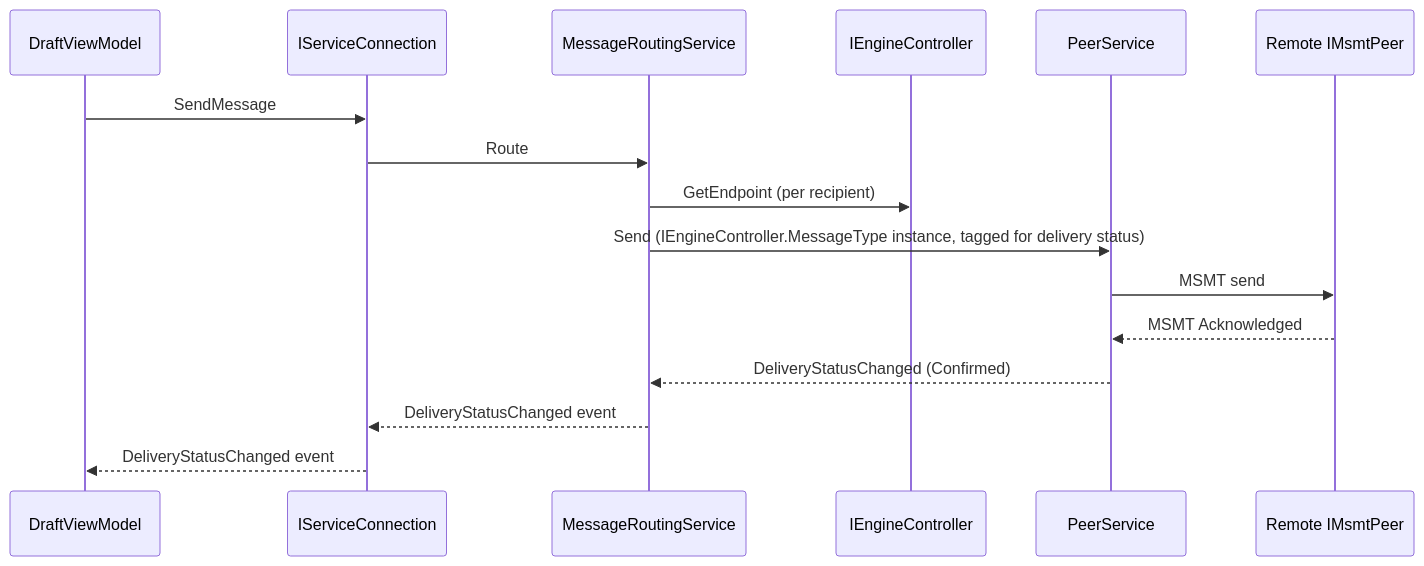
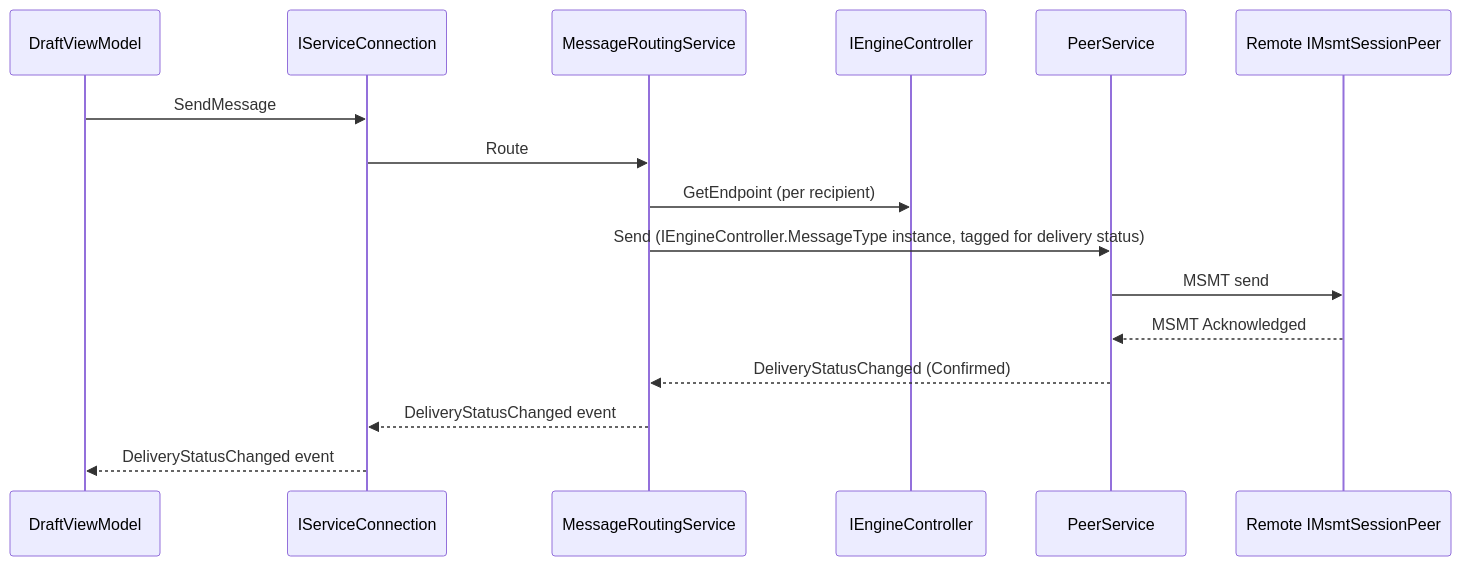
The second of 5 diagrams in Docs/Architecture.md (Blue-Heighliner/Comlink), drawn with Mermaid before and after one commit. The commit also changed 22 other files, not shown here.

````diff
--- a/Docs/Architecture.md
+++ b/Docs/Architecture.md
@@ -63,18 +63,18 @@
 ```mermaid
 sequenceDiagram
     participant DVM as DraftViewModel
     participant SC as IServiceConnection
     participant MRS as MessageRoutingService
     participant SL as IEngineController
     participant PS as PeerService
-    participant RP as Remote IMsmtPeer
+    participant RP as Remote IMsmtSessionPeer
     DVM->>SC: SendMessage
     SC->>MRS: Route
     MRS->>SL: GetEndpoint (per recipient)
     MRS->>PS: Send (IEngineController.MessageType instance, tagged for delivery status)
     PS->>RP: MSMT send
     RP-->>PS: MSMT Acknowledged
     PS-->>MRS: DeliveryStatusChanged (Confirmed)
     MRS-->>SC: DeliveryStatusChanged event
     SC-->>DVM: DeliveryStatusChanged event
 ```
````
